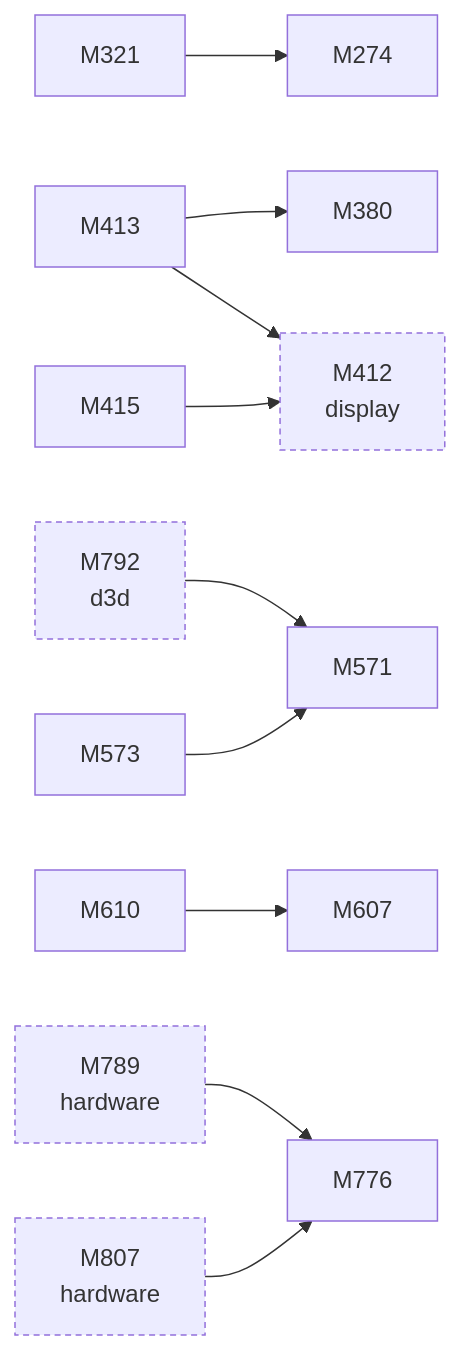
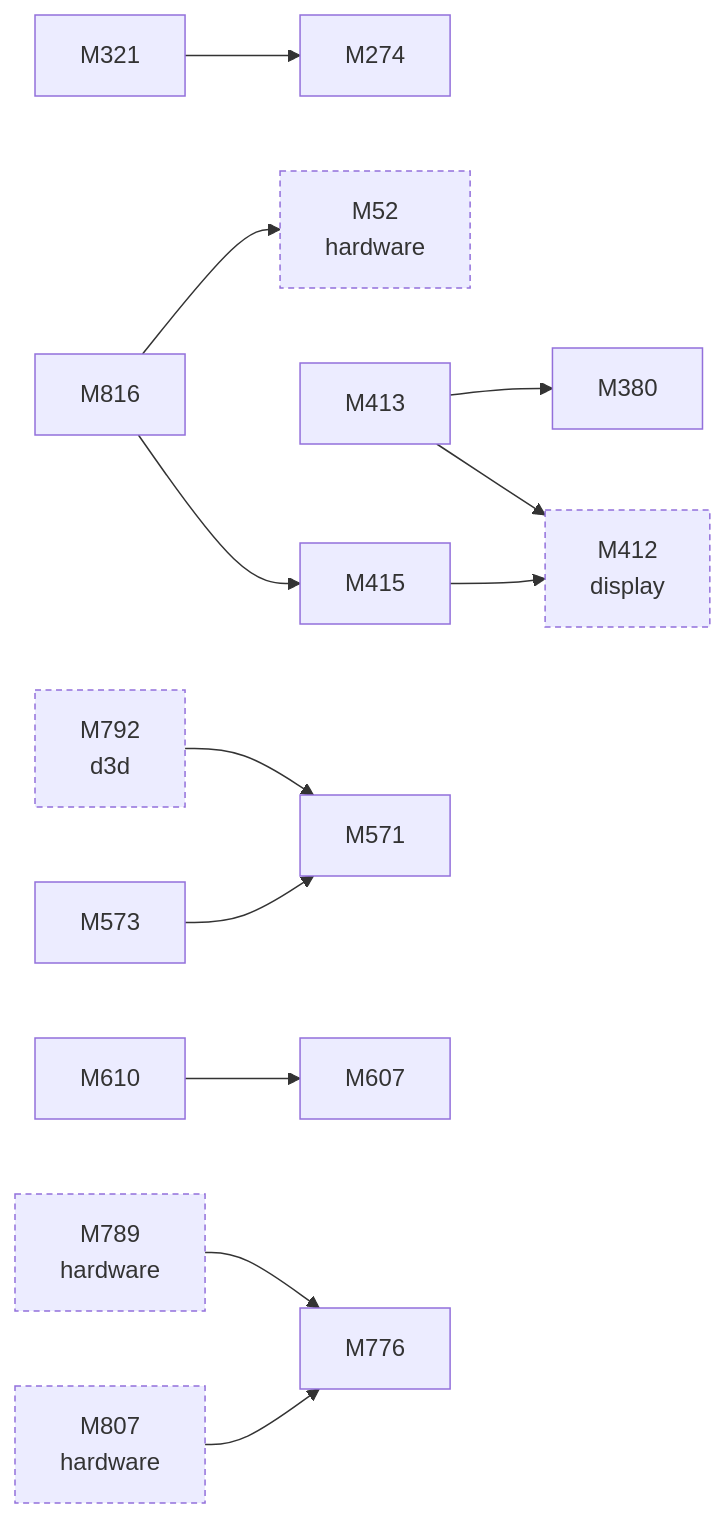
Before and after one commit to D-Ogi/amdgpu-wddm: the second of 2 diagrams in docs/facts/graphs/games.md, drawn with Mermaid. The commit also changed other lines of this file and 39 other files, not shown here.

````diff
--- a/docs/facts/graphs/games.md
+++ b/docs/facts/graphs/games.md
@@ -13,28 +19,32 @@
 ```mermaid
 flowchart LR
+  M52["M52<br/>hardware"]
   M274["M274"]
   M321["M321"]
   M380["M380"]
   M412["M412<br/>display"]
   M413["M413"]
   M415["M415"]
   M571["M571"]
   M573["M573"]
   M607["M607"]
   M610["M610"]
   M776["M776"]
   M789["M789<br/>hardware"]
   M792["M792<br/>d3d"]
   M807["M807<br/>hardware"]
+  M816["M816"]
   M789 --> M776
   M807 --> M776
   M792 --> M571
   M321 --> M274
   M413 --> M380
   M413 --> M412
   M415 --> M412
   M573 --> M571
   M610 --> M607
+  M816 --> M52
+  M816 --> M415
   classDef other stroke-dasharray:4 3
-  class M412,M789,M792,M807 other
+  class M52,M412,M789,M792,M807 other
 ```
````
